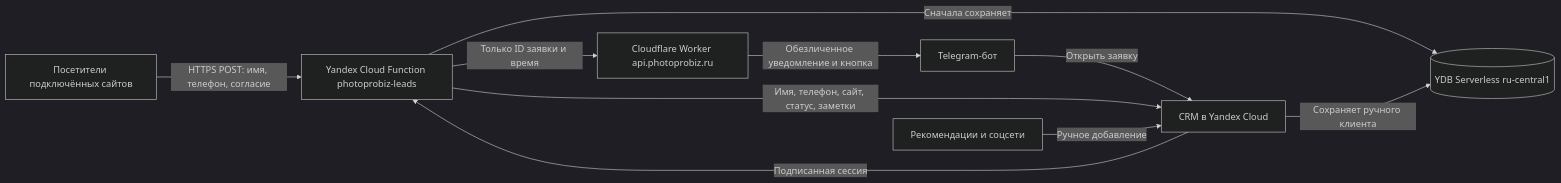
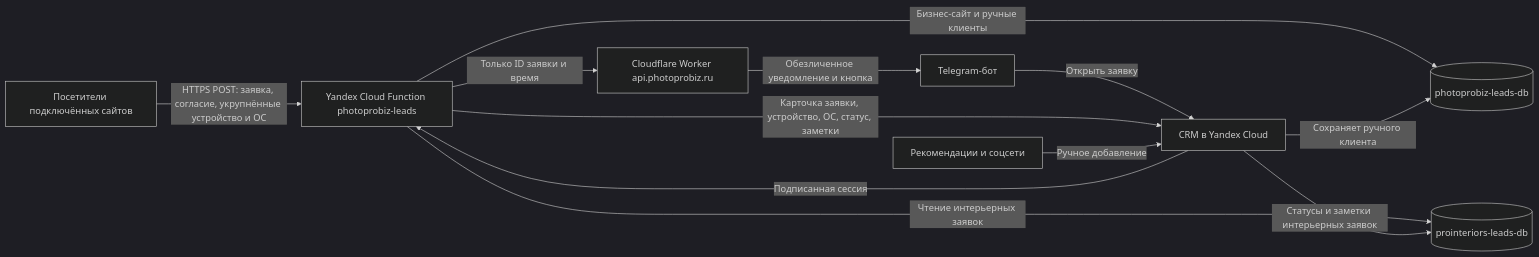
Before and after one commit to kuznetsovphotographer-prog/photoprobiz: the first of 2 diagrams in PROJECT-STATUS.md, drawn with Mermaid (dark theme). The commit also changed other lines of this file and 20 other files, not shown here.

````diff
--- a/PROJECT-STATUS.md
+++ b/PROJECT-STATUS.md
@@ -23,12 +25,14 @@
 ```mermaid
 flowchart LR
-    A[Посетители подключённых сайтов] -->|HTTPS POST: имя, телефон, согласие| B[Yandex Cloud Function photoprobiz-leads]
-    B -->|Сначала сохраняет| C[(YDB Serverless ru-central1)]
+    A[Посетители подключённых сайтов] -->|HTTPS POST: заявка, согласие, укрупнённые устройство и ОС| B[Yandex Cloud Function photoprobiz-leads]
+    B -->|Бизнес-сайт и ручные клиенты| C[(photoprobiz-leads-db)]
+    B -->|Чтение интерьерных заявок| CI[(prointeriors-leads-db)]
     B -->|Только ID заявки и время| D[Cloudflare Worker api.photoprobiz.ru]
     D -->|Обезличенное уведомление и кнопка| E[Telegram-бот]
     E -->|Открыть заявку| F[CRM в Yandex Cloud]
     F -->|Подписанная сессия| B
-    B -->|Имя, телефон, сайт, статус, заметки| F
+    B -->|Карточка заявки, устройство, ОС, статус, заметки| F
     G[Рекомендации и соцсети] -->|Ручное добавление| F
     F -->|Сохраняет ручного клиента| C
+    F -->|Статусы и заметки интерьерных заявок| CI
 ```
````
